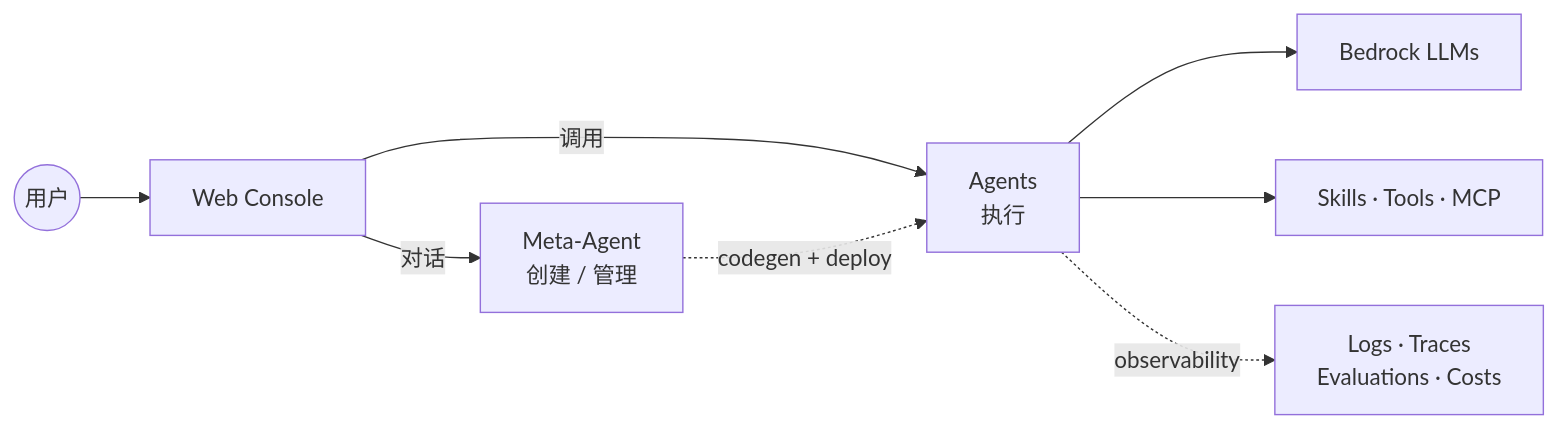
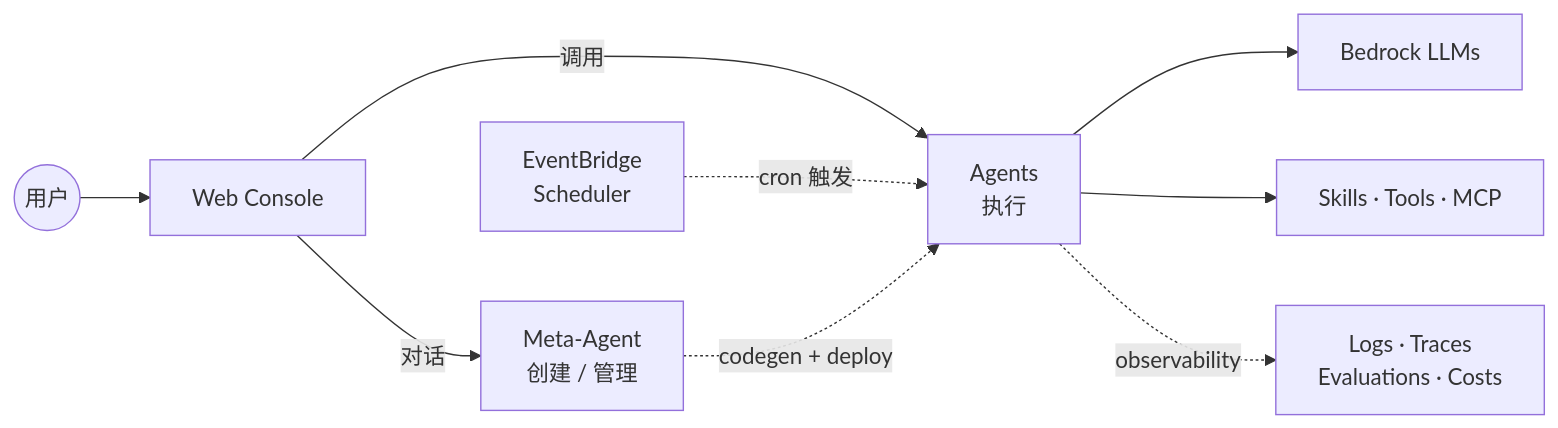
One commit to ddpie/agent-studio changed the first of 2 diagrams in README.md. Above: the diagram before and after it, drawn with Mermaid. The commit also changed other lines of this file, not shown here.

Commit message:
docs(readme): surface EventBridge scheduled triggers in arch diagrams

````diff
--- a/README.md
+++ b/README.md
@@ -19,10 +19,12 @@
 ```mermaid
 graph LR
     User((用户)) --> Web[Web Console]
+    EB[EventBridge<br/>Scheduler]
     Web -->|对话| Meta[Meta-Agent<br/>创建 / 管理]
     Web -->|调用| Agents[Agents<br/>执行]
+    EB -.cron 触发.-> Agents
     Meta -.codegen + deploy.-> Agents
     Agents --> LLM[Bedrock LLMs]
     Agents --> Ext[Skills · Tools · MCP]
     Agents -.observability.-> Obs[Logs · Traces<br/>Evaluations · Costs]
 ```
````
